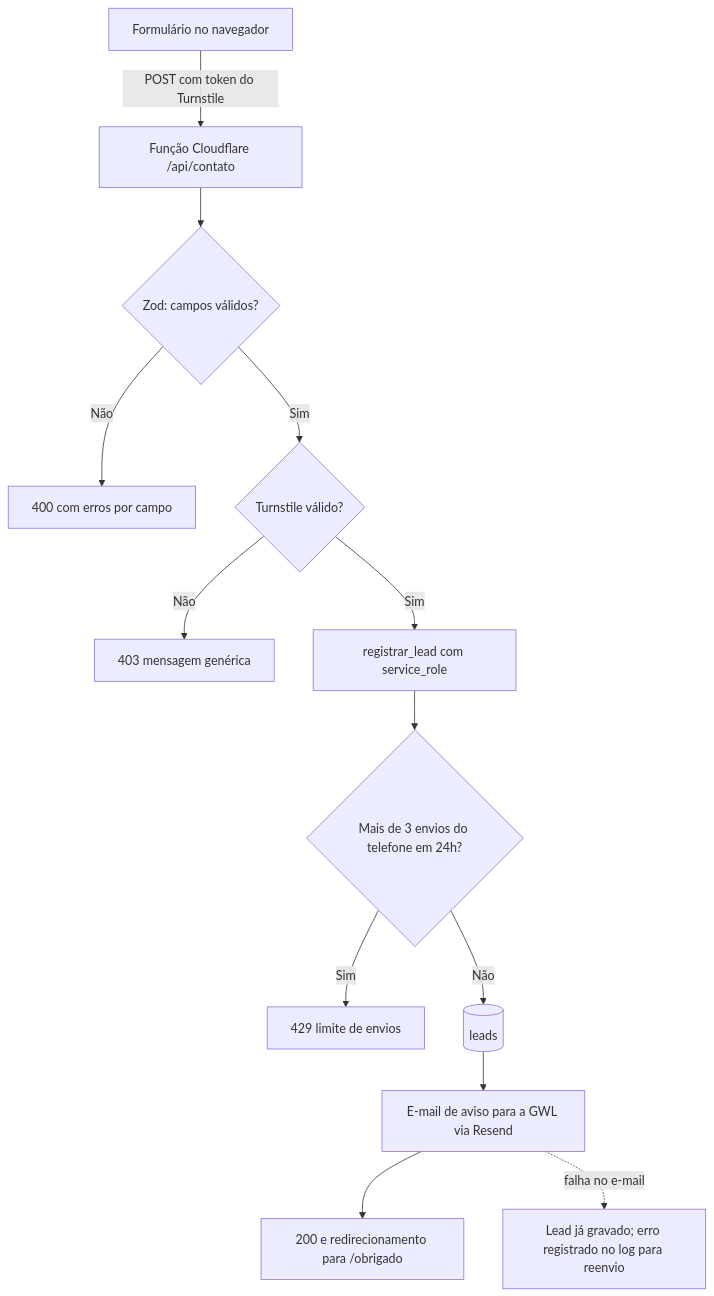
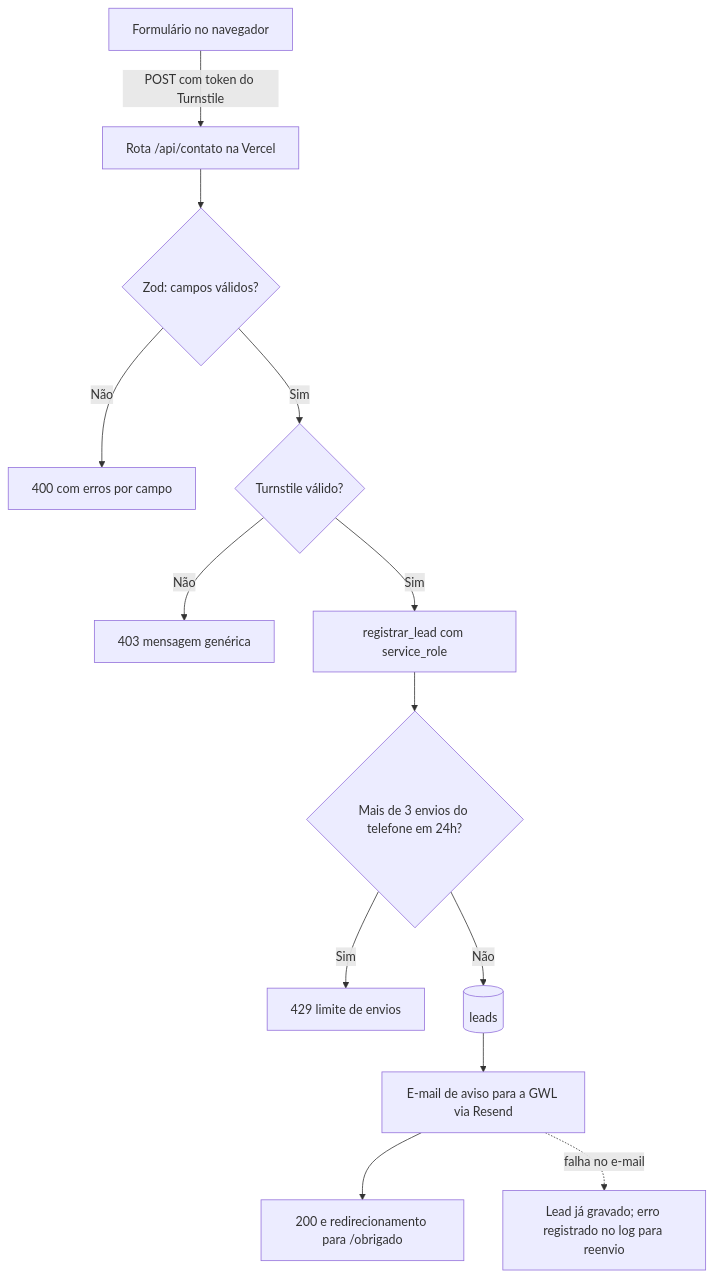
Before and after one commit to Jhassad93/Site-GLW-Consultoria: the first of 2 diagrams in docs/SCHEMA.md, drawn with Mermaid. The commit also changed other lines of this file and 21 other files, not shown here.

First line of the commit message:
etapa 11 (parte 1): hospedagem na Vercel, DNS e Turnstile na Cloudflare

````diff
--- a/docs/SCHEMA.md
+++ b/docs/SCHEMA.md
@@ -29,15 +29,15 @@
 ```mermaid
 flowchart TD
-    F[Formulário no navegador] -->|POST com token do Turnstile| W[Função Cloudflare /api/contato]
+    F[Formulário no navegador] -->|POST com token do Turnstile| W[Rota /api/contato na Vercel]
     W --> V{Zod: campos válidos?}
     V -- Não --> E1[400 com erros por campo]
     V -- Sim --> T{Turnstile válido?}
     T -- Não --> E2[403 mensagem genérica]
     T -- Sim --> R[registrar_lead com service_role]
     R --> L{Mais de 3 envios do telefone em 24h?}
     L -- Sim --> E3[429 limite de envios]
     L -- Não --> DB[(leads)]
     DB --> M[E-mail de aviso para a GWL via Resend]
     M --> OK[200 e redirecionamento para /obrigado]
     M -. falha no e-mail .-> LOG[Lead já gravado; erro registrado no log para reenvio]
 ```
````
